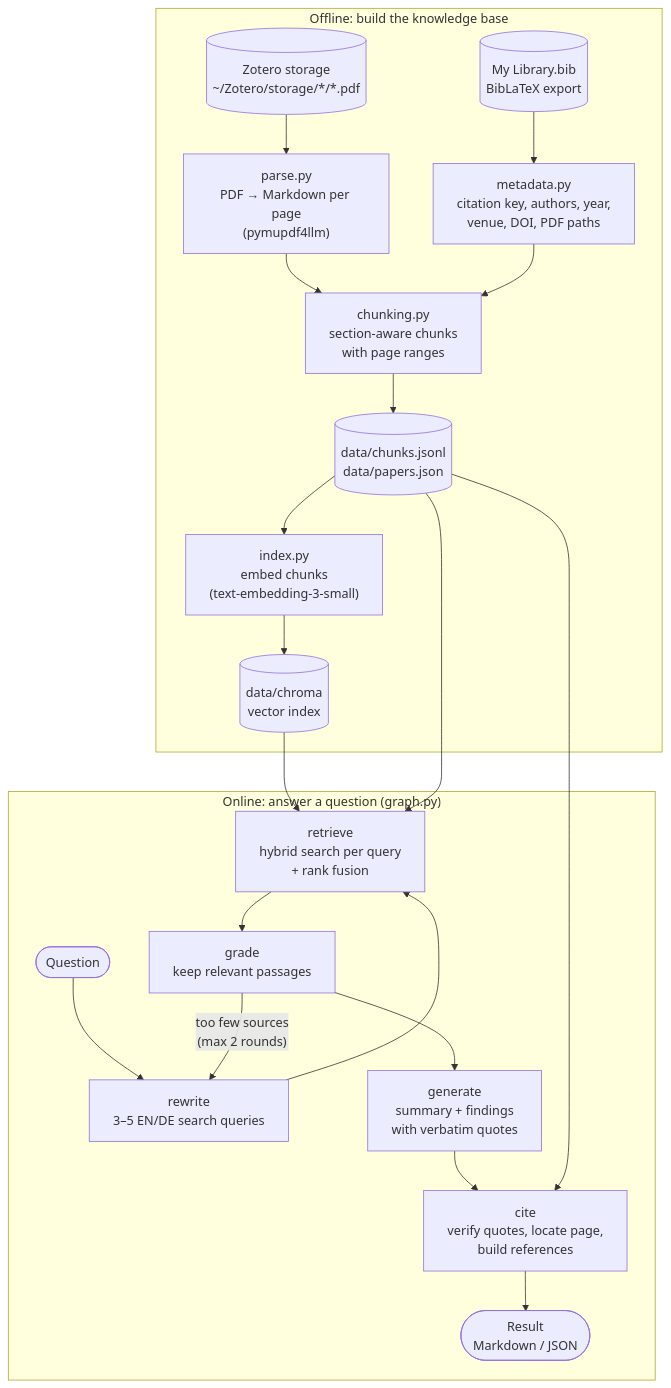
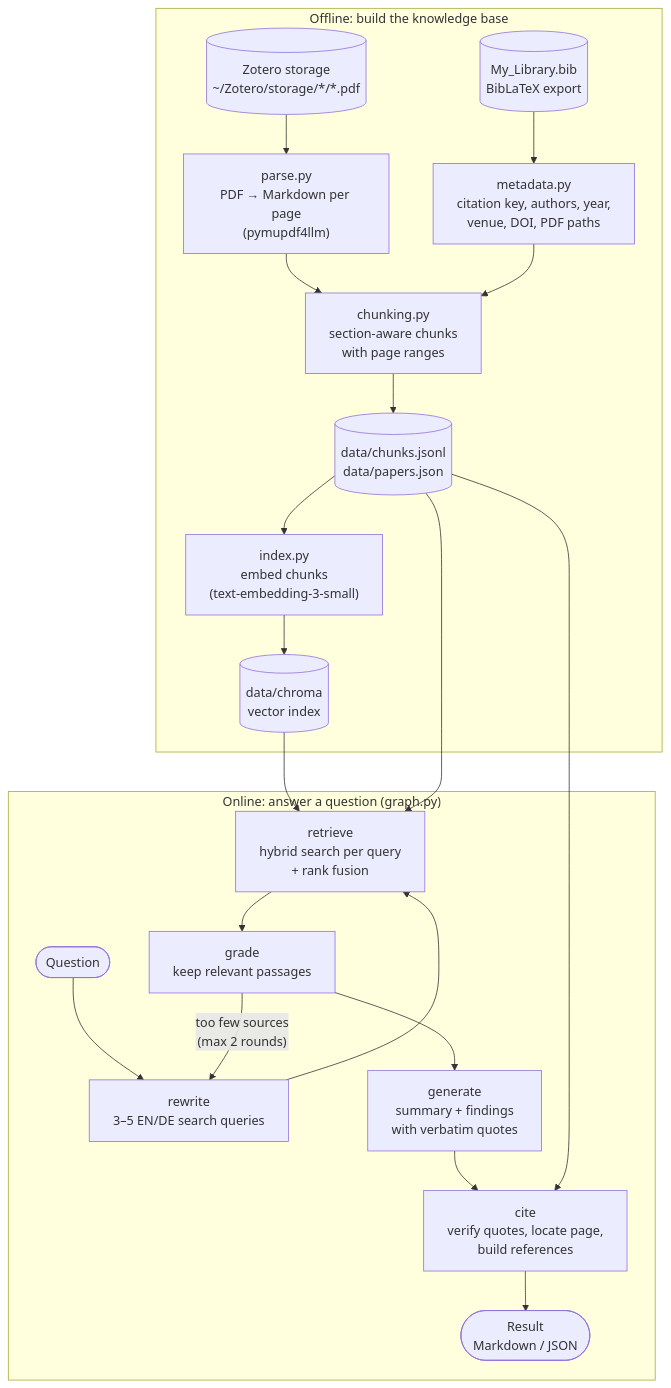
The first of 3 diagrams in README.md (dbotache/ArticlesAgent), drawn with Mermaid before and after one commit. The commit also changed other lines of this file and 9 other files, not shown here.

````diff
--- a/README.md
+++ b/README.md
@@ -37,28 +37,28 @@
 ```mermaid
 flowchart TD
     subgraph OFFLINE["Offline: build the knowledge base"]
         Z[("Zotero storage<br/>~/Zotero/storage/*/*.pdf")]
-        B[("My Library.bib<br/>BibLaTeX export")]
+        B[("My_Library.bib<br/>BibLaTeX export")]
         Z --> P["parse.py<br/>PDF → Markdown per page<br/>(pymupdf4llm)"]
         B --> M["metadata.py<br/>citation key, authors, year,<br/>venue, DOI, PDF paths"]
         P --> C["chunking.py<br/>section-aware chunks<br/>with page ranges"]
         M --> C
         C --> J[("data/chunks.jsonl<br/>data/papers.json")]
         J --> I["index.py<br/>embed chunks<br/>(text-embedding-3-small)"]
         I --> V[("data/chroma<br/>vector index")]
     end
 
     subgraph ONLINE["Online: answer a question (graph.py)"]
         Q(["Question"]) --> RW["rewrite<br/>3–5 EN/DE search queries"]
         RW --> RT["retrieve<br/>hybrid search per query<br/>+ rank fusion"]
         RT --> GR["grade<br/>keep relevant passages"]
         GR -- "too few sources<br/>(max 2 rounds)" --> RW
         GR --> GE["generate<br/>summary + findings<br/>with verbatim quotes"]
         GE --> CI["cite<br/>verify quotes, locate page,<br/>build references"]
         CI --> R(["Result<br/>Markdown / JSON"])
     end
 
     V --> RT
     J --> RT
     J --> CI
 ```
````
